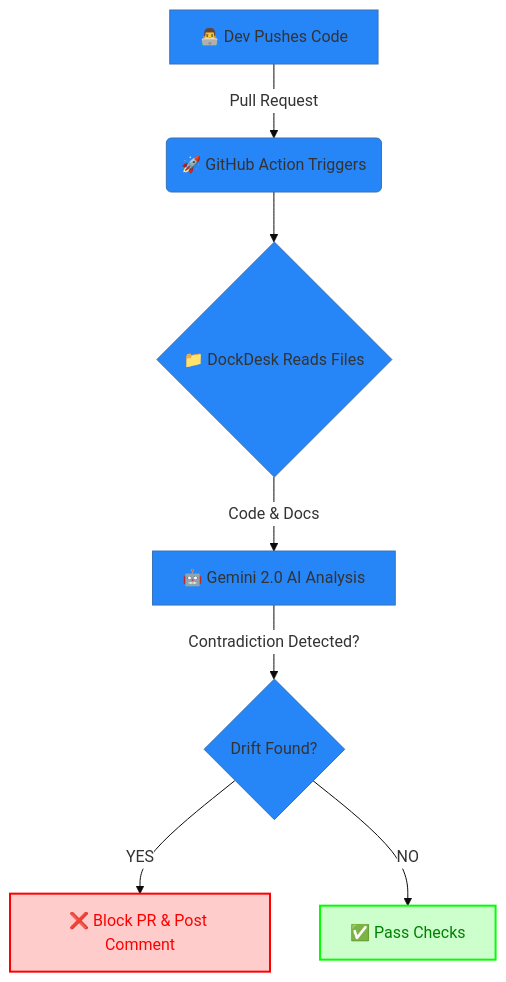
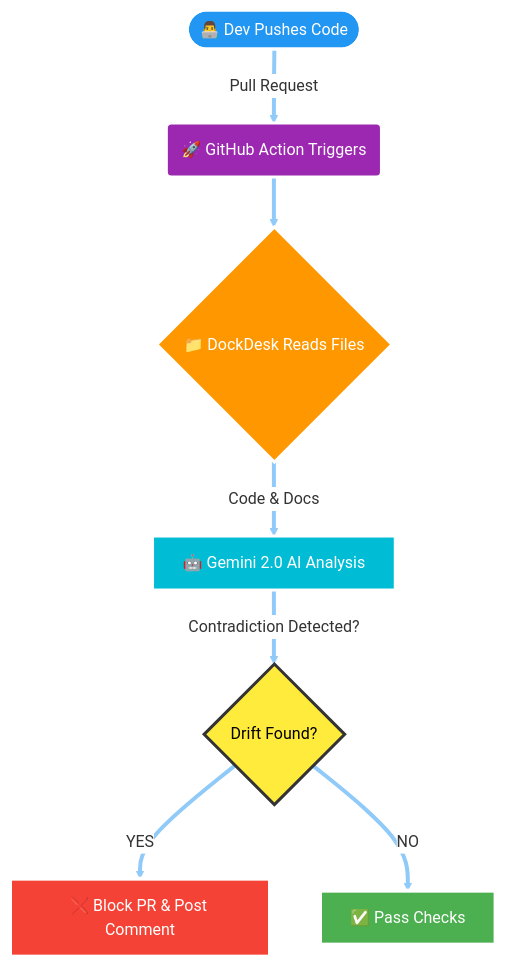
The diagram in README.md (actions-marketplace-validations/srivatsa-source_dockdesk), drawn with Mermaid before and after one commit.

Commit message:
Enhance Mermaid flowchart visibility and styling

````diff
--- a/README.md
+++ b/README.md
@@ -64,13 +64,22 @@
 ```mermaid
 %%{init: {'theme': 'base', 'themeVariables': { 'primaryColor': '#2786F7', 'edgeLabelBackground':'#ffffff', 'tertiaryColor': '#f4f4f4'}}}%%
 graph TD
-    A[👨‍💻 Dev Pushes Code] -->|Pull Request| B(🚀 GitHub Action Triggers)
-    B --> C{📁 DockDesk Reads Files}
-    C -->|Code & Docs| D[🤖 Gemini 2.0 AI Analysis]
-    D -->|Contradiction Detected?| E{Drift Found?}
-    E -- YES --> F[❌ Block PR & Post Comment]
-    E -- NO --> G[✅ Pass Checks]
+    A([👨‍💻 Dev Pushes Code]) ==>|Pull Request| B(🚀 GitHub Action Triggers)
+    B ==> C{📁 DockDesk Reads Files}
+    C ==>|Code & Docs| D[🤖 Gemini 2.0 AI Analysis]
+    D ==>|Contradiction Detected?| E{Drift Found?}
+    E == YES ==> F[❌ Block PR & Post Comment]
+    E == NO ==> G[✅ Pass Checks]
 
-    style F fill:#ffcccc,stroke:#ff0000,stroke-width:2px,color:red
-    style G fill:#ccffcc,stroke:#00ff00,stroke-width:2px,color:green
+    %% Styling Nodes
+    style A fill:#2196F3,stroke:#fff,stroke-width:3px,color:#fff
+    style B fill:#9C27B0,stroke:#fff,stroke-width:3px,color:#fff
+    style C fill:#FF9800,stroke:#fff,stroke-width:3px,color:#fff
+    style D fill:#00BCD4,stroke:#fff,stroke-width:3px,color:#fff
+    style E fill:#FFEB3B,stroke:#333,stroke-width:3px,color:#000
+    style F fill:#F44336,stroke:#fff,stroke-width:4px,color:#fff
+    style G fill:#4CAF50,stroke:#fff,stroke-width:4px,color:#fff
+
+    %% Styling Edges
+    linkStyle default stroke:#90CAF9,stroke-width:4px;
 ```
````
